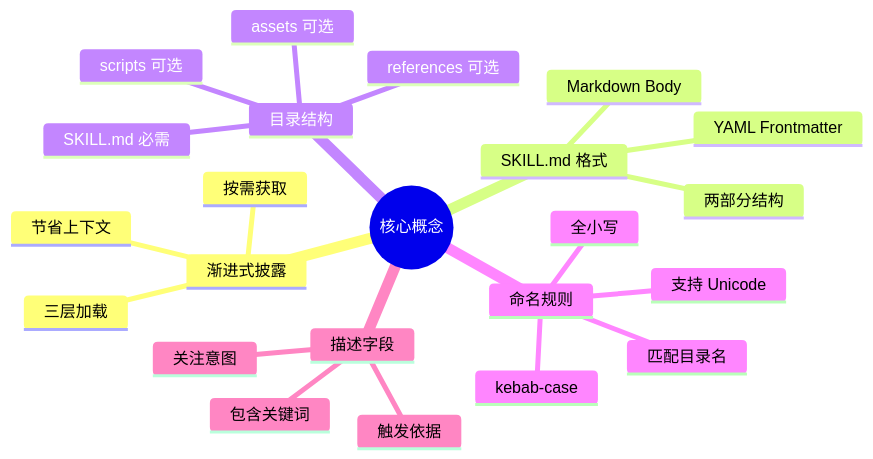
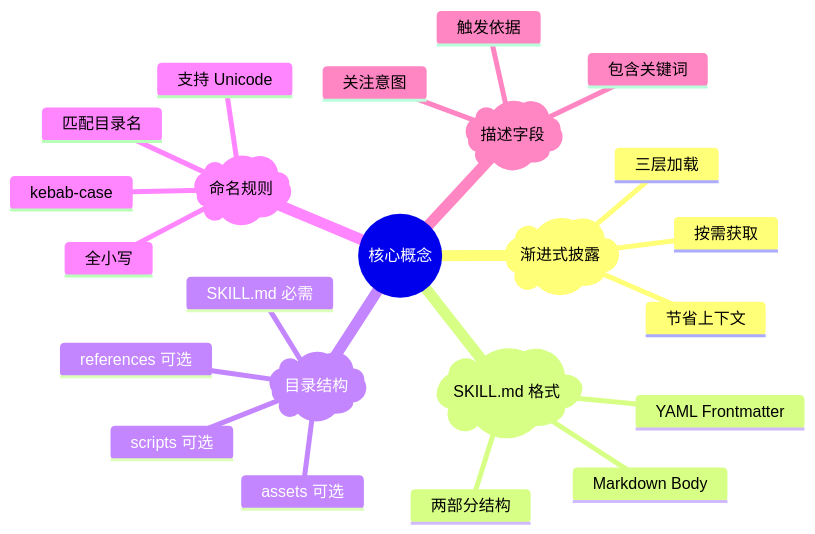
Before and after one commit to Cleam/agentskills: the fifth of 5 diagrams in learn/02-core-concepts.md, drawn with Mermaid.

Commit message:
Update core concepts in 02-core-concepts.md

````diff
--- a/learn/02-core-concepts.md
+++ b/learn/02-core-concepts.md
@@ -311,26 +311,26 @@
 ```mermaid
 mindmap
   root((核心概念))
-    渐进式披露
+    topic)渐进式披露(
       三层加载
       按需获取
       节省上下文
-    SKILL.md 格式
+    topic)SKILL.md 格式(
       YAML Frontmatter
       Markdown Body
       两部分结构
-    目录结构
+    topic)目录结构(
       SKILL.md 必需
       scripts 可选
       references 可选
       assets 可选
-    命名规则
+    topic)命名规则(
       kebab-case
       全小写
       匹配目录名
       支持 Unicode
-    描述字段
+    topic)描述字段(
       触发依据
       关注意图
       包含关键词
 ```
````
